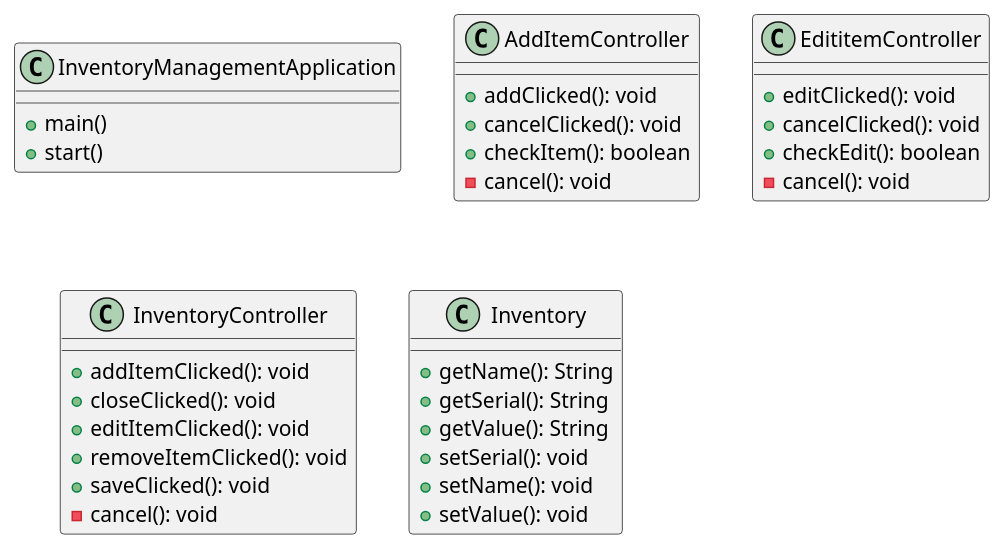
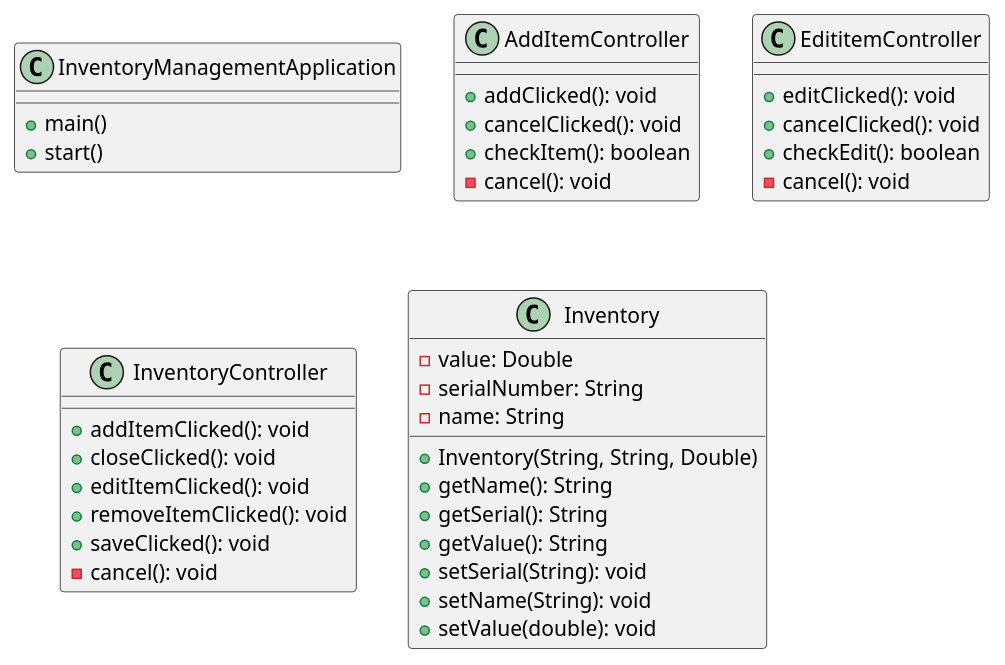
Before and after one commit to mathdude3482/Jaro-app2: the diagram in Jaro-app2/docs/diagram.puml, drawn with PlantUML. The commit also changed 1 other file, not shown here.

Commit message:
Initial implementation of inventory class. Updated diagram accordingly.

```diff
--- a/Jaro-app2/docs/diagram.puml
+++ b/Jaro-app2/docs/diagram.puml
@@ -1,34 +1,38 @@
 @startuml
 class InventoryManagementApplication{
 +main()
 +start()
 }
 class AddItemController{
 + addClicked(): void
 + cancelClicked(): void
 + checkItem(): boolean
 - cancel(): void
 }
 class EdititemController{
 + editClicked(): void
 + cancelClicked(): void
 + checkEdit(): boolean
 - cancel(): void
 }
 class InventoryController{
 + addItemClicked(): void
 + closeClicked(): void
 + editItemClicked(): void
 + removeItemClicked(): void
 + saveClicked(): void
 - cancel(): void
 }
 class Inventory{
+ - value: Double
+ - serialNumber: String
+ - name: String
+ + Inventory(String, String, Double)
 + getName(): String
 + getSerial(): String
 + getValue(): String
-+ setSerial(): void
-+ setName(): void
-+ setValue(): void
++ setSerial(String): void
++ setName(String): void
++ setValue(double): void
 }
 @enduml
```
